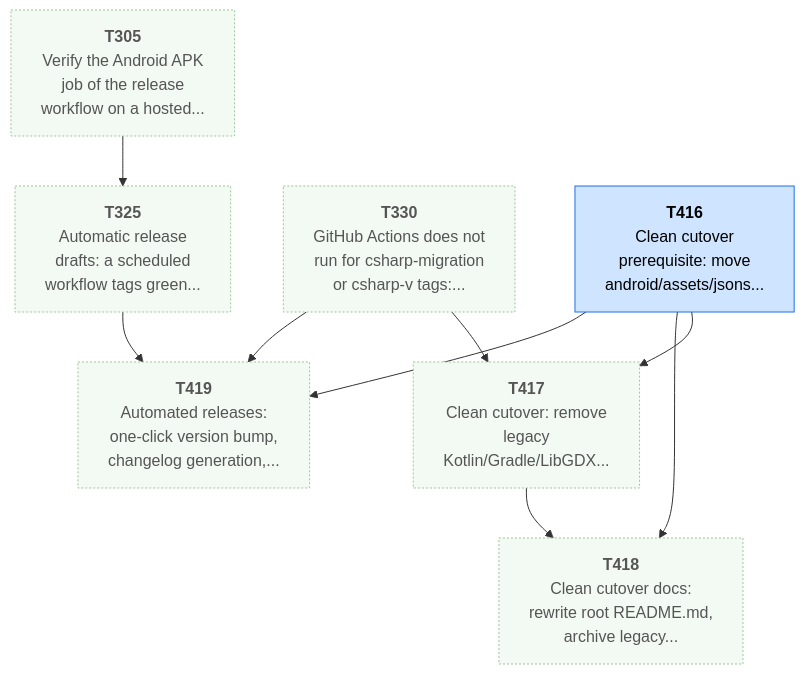
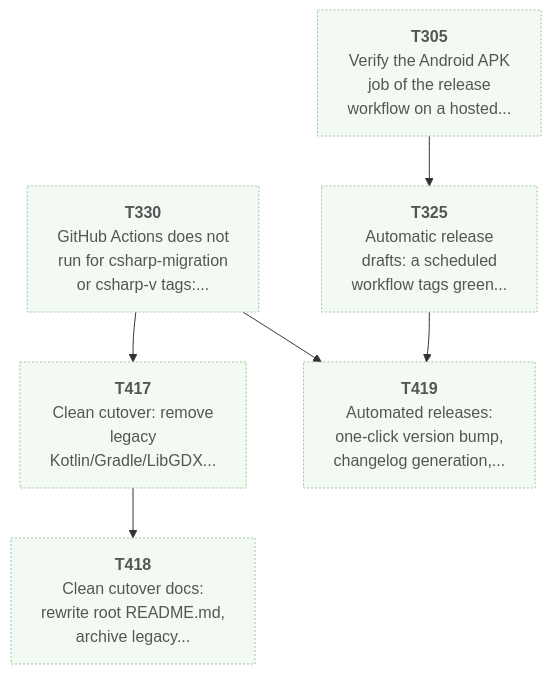
The first of 4 diagrams in csharp/migration/DEPENDENCY_MAP.md (Kenmura/UncivSharp), drawn with Mermaid before and after one commit. The commit also changed other lines of this file and 1 other file, not shown here.

Commit message:
migration: review T416 pass [Adversarial Review]

````diff
--- a/csharp/migration/DEPENDENCY_MAP.md
+++ b/csharp/migration/DEPENDENCY_MAP.md
@@ -53,32 +53,27 @@
 ```mermaid
 flowchart TD
   T305["<b>T305</b><br/>Verify the Android APK<br/>job of the release<br/>workflow on a hosted..."]
   T325["<b>T325</b><br/>Automatic release<br/>drafts: a scheduled<br/>workflow tags green..."]
   T330["<b>T330</b><br/>GitHub Actions does not<br/>run for csharp-migration<br/>or csharp-v tags:..."]
-  T416["<b>T416</b><br/>Clean cutover<br/>prerequisite: move<br/>android/assets/jsons..."]
   T417["<b>T417</b><br/>Clean cutover: remove<br/>legacy<br/>Kotlin/Gradle/LibGDX..."]
   T418["<b>T418</b><br/>Clean cutover docs:<br/>rewrite root README.md,<br/>archive legacy..."]
   T419["<b>T419</b><br/>Automated releases:<br/>one-click version bump,<br/>changelog generation,..."]
   T305 --> T325
-  T416 --> T417
   T330 --> T417
-  T416 --> T418
   T417 --> T418
   T325 --> T419
   T330 --> T419
-  T416 --> T419
   classDef waiting fill:#f3faf3,stroke:#9bc49b,color:#555,stroke-dasharray:2 2
   classDef ondeck fill:#ffe8cc,stroke:#e8590c,stroke-width:3px,color:#000
   classDef ready fill:#7ee787,stroke:#1a7f37,stroke-width:3px,color:#000
   classDef prog fill:#fff3b0,stroke:#b58900,color:#000
   classDef review fill:#cfe4ff,stroke:#1f6feb,color:#000
   classDef blocked fill:#ffd6d6,stroke:#c62828,color:#000
   classDef done fill:#eeeeee,stroke:#999999,color:#666,stroke-dasharray:4 3
   class T305 waiting
   class T325 waiting
   class T330 waiting
-  class T416 review
   class T417 waiting
   class T418 waiting
   class T419 waiting
 ```
````
